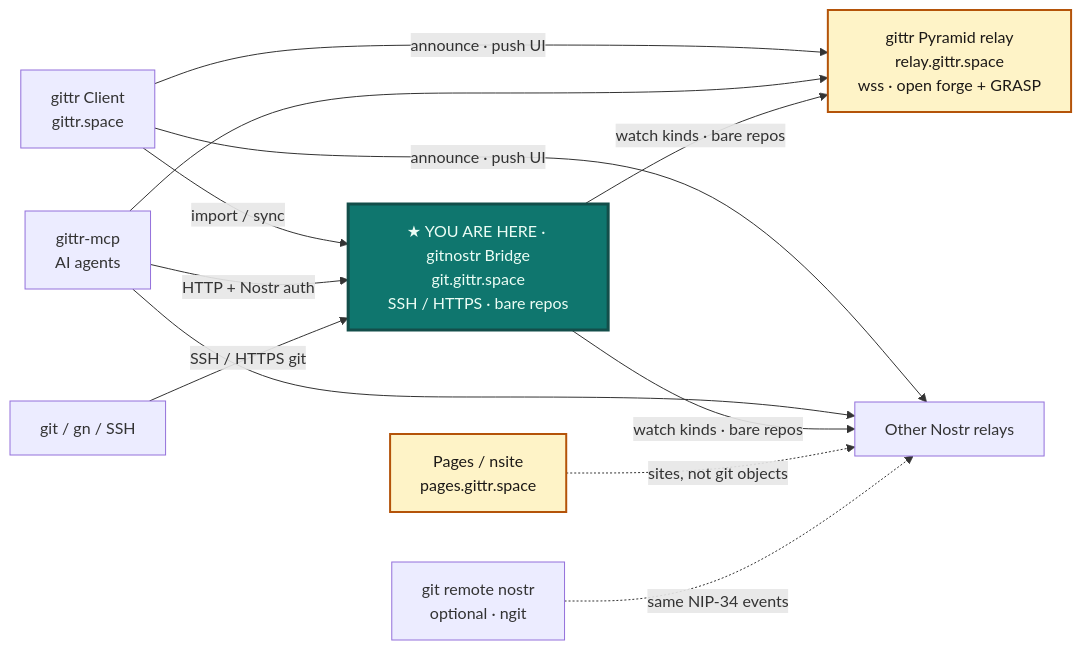
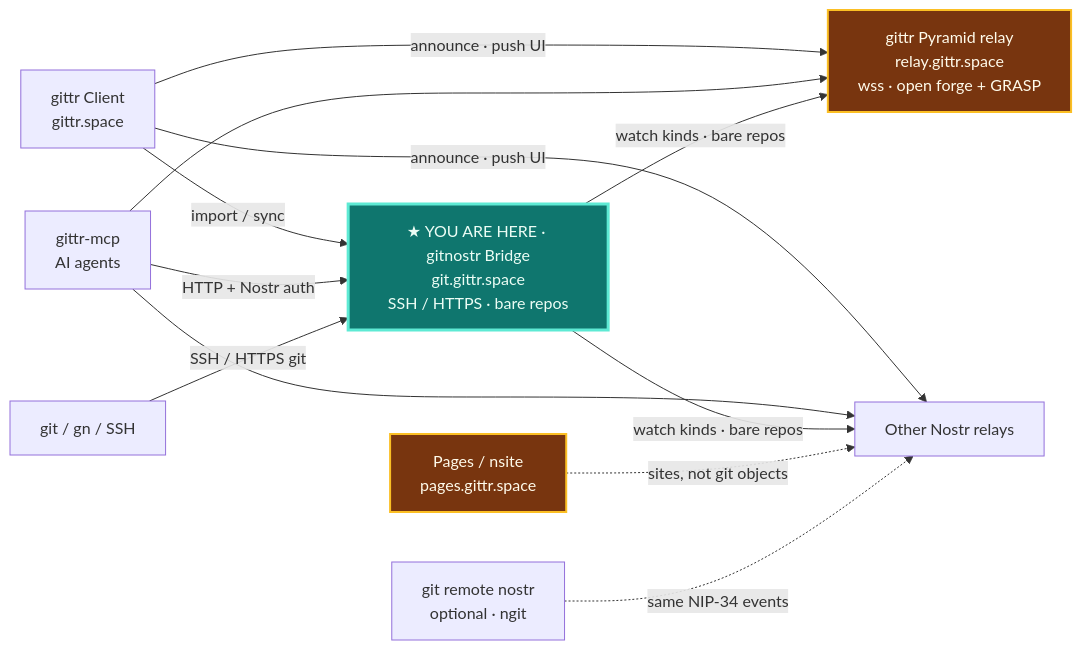
One commit to arbadacarbaYK/gittr changed the diagram in ui/gitnostr/README.md. Above: the diagram before and after it, drawn with Mermaid. The commit also changed other lines of this file and 1 other file, not shown here.

Commit message:
docs: fix platform-map host colors for dark UI
Light amber + forced white text was unreadable; use dark brown fill with cream text and gold stroke.

````diff
--- a/ui/gitnostr/README.md
+++ b/ui/gitnostr/README.md
@@ -11,28 +11,28 @@
 ```mermaid
 flowchart LR
   UI["gittr Client<br/>gittr.space"]
   MCP["gittr-mcp<br/>AI agents"]
   CLI["git / gn / SSH"]
   Bridge["★ YOU ARE HERE · gitnostr Bridge<br/>git.gittr.space<br/>SSH / HTTPS · bare repos"]
   RelayGittr["gittr Pyramid relay<br/>relay.gittr.space<br/>wss · open forge + GRASP"]
   Relays["Other Nostr relays"]
   Pages["Pages / nsite<br/>pages.gittr.space"]
   Remote["git remote nostr<br/>optional · ngit"]
 
   UI -->|announce · push UI| RelayGittr
   UI -->|announce · push UI| Relays
   UI -->|import / sync| Bridge
   MCP -->|HTTP + Nostr auth| Bridge
   MCP --> RelayGittr
   MCP --> Relays
   CLI -->|SSH / HTTPS git| Bridge
   Bridge -->|watch kinds · bare repos| RelayGittr
   Bridge -->|watch kinds · bare repos| Relays
   Pages -.->|sites, not git objects| Relays
   Remote -.->|same NIP-34 events| Relays
 
-  classDef youAreHere fill:#0f766e,stroke:#134e4a,stroke-width:3px,color:#ecfdf5
-  classDef hostUrl fill:#fef3c7,stroke:#b45309,stroke-width:2px,color:#1c1917
+  classDef youAreHere fill:#0f766e,stroke:#5eead4,stroke-width:3px,color:#ecfdf5
+  classDef hostUrl fill:#78350f,stroke:#fbbf24,stroke-width:2px,color:#fffbeb
   class Bridge youAreHere
   class Pages,RelayGittr hostUrl
 ```
````
